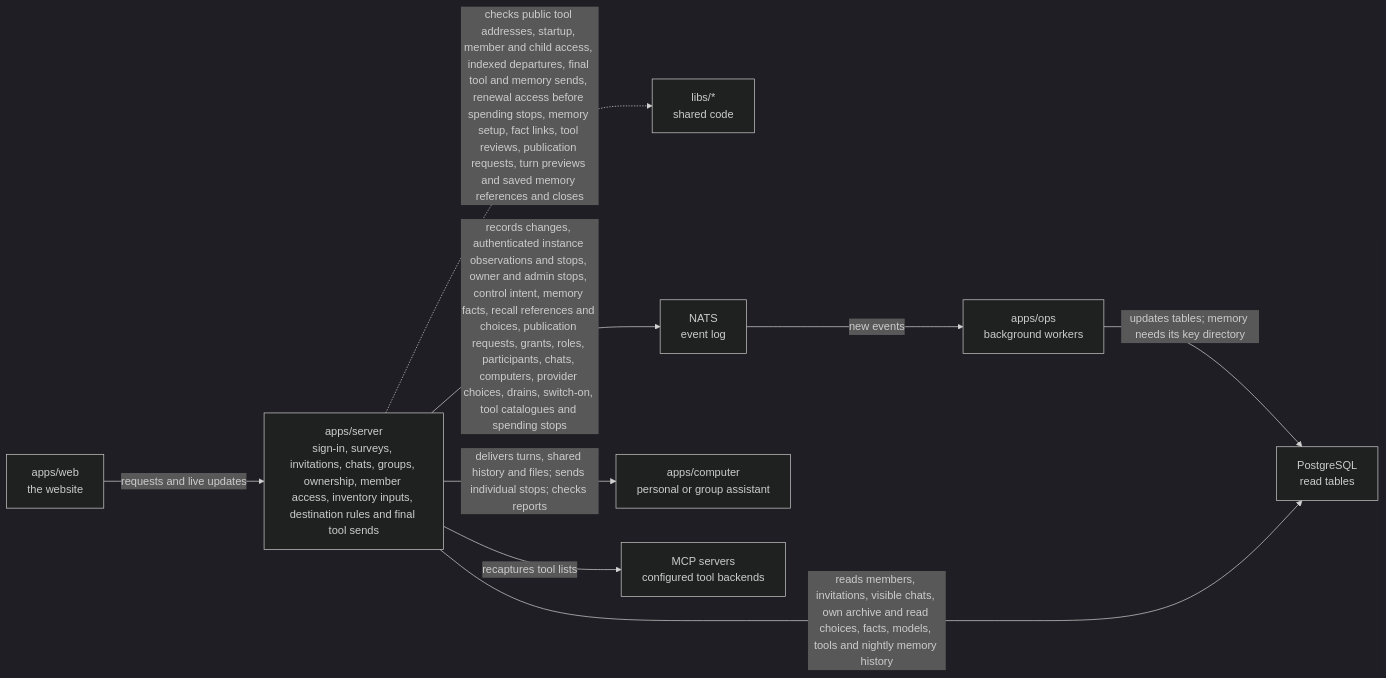
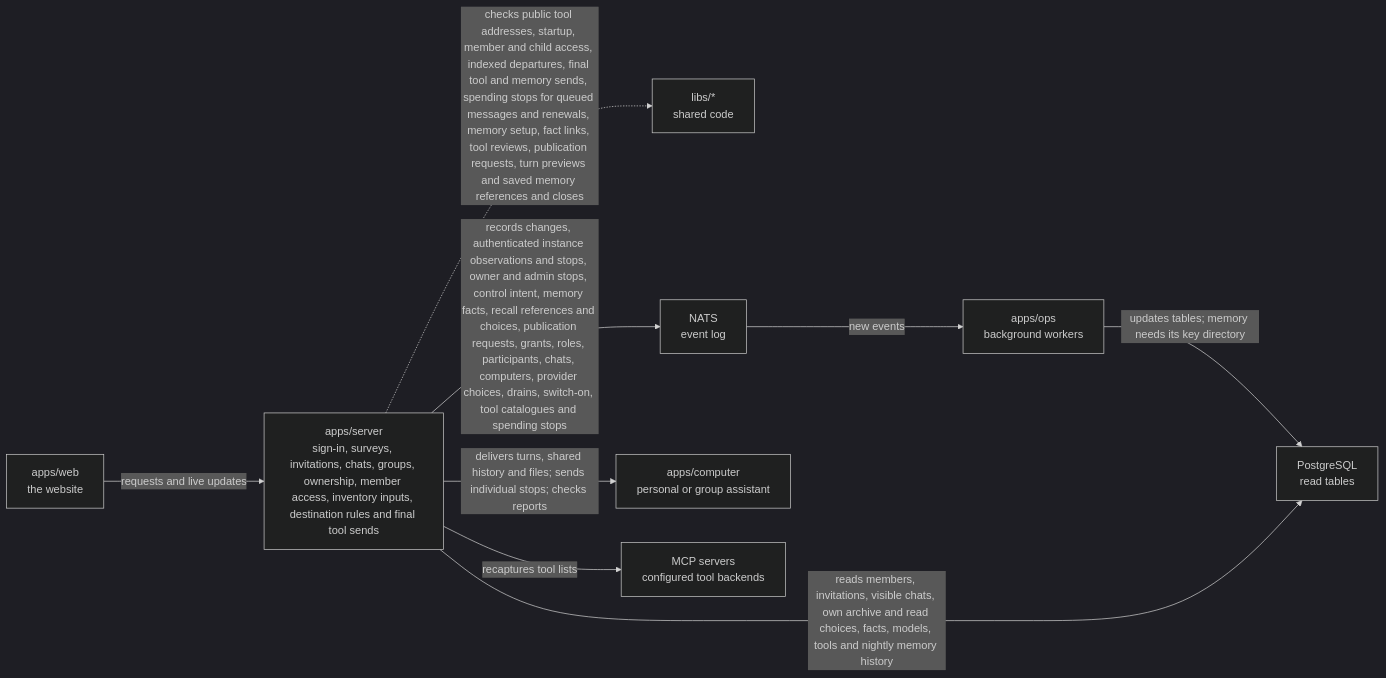
The diagram in apps/server/README.md (elewa-git/opencrane-new), drawn with Mermaid (dark theme) before and after one commit. The commit also changed other lines of this file and 30 other files, not shown here.

First line of the commit message:
🛑 A spending stop is recorded on every running turn and queued message it affects, and a payer change or a late append never revives stopped work (#399)

````diff
--- a/apps/server/README.md
+++ b/apps/server/README.md
@@ -11,11 +11,11 @@
 ```mermaid
 flowchart LR
   web["apps/web<br/>the website"] -->|requests and live updates| server["apps/server<br/>sign-in, surveys, invitations, chats, groups, ownership, member access, inventory inputs, destination rules and final tool sends"]
-  server -.->|checks public tool addresses, startup, member and child access, indexed departures, final tool and memory sends, renewal access before spending stops, memory setup, fact links, tool reviews, publication requests, turn previews and saved memory references and closes| libs["libs/*<br/>shared code"]
+  server -.->|checks public tool addresses, startup, member and child access, indexed departures, final tool and memory sends, spending stops for queued messages and renewals, memory setup, fact links, tool reviews, publication requests, turn previews and saved memory references and closes| libs["libs/*<br/>shared code"]
   server -->|records changes, authenticated instance observations and stops, owner and admin stops, control intent, memory facts, recall references and choices, publication requests, grants, roles, participants, chats, computers, provider choices, drains, switch-on, tool catalogues and spending stops| nats["NATS<br/>event log"]
   nats -->|new events| ops["apps/ops<br/>background workers"]
   ops -->|updates tables; memory needs its key directory| postgres["PostgreSQL<br/>read tables"]
   server -->|reads members, invitations, visible chats, own archive and read choices, facts, models, tools and nightly memory history| postgres
   server -->|delivers turns, shared history and files; sends individual stops; checks reports| computer["apps/computer<br/>personal or group assistant"]
   server -->|recaptures tool lists| mcp["MCP servers<br/>configured tool backends"]
 ```
````
